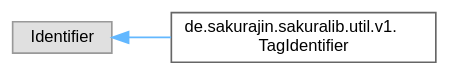
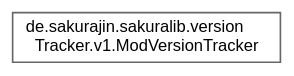
One commit to noah1510/sakura-lib changed the diagram in inherit_graph_19.dot. Above: the diagram before and after it, drawn with Graphviz. The commit also changed 146 other files, not shown here.

```diff
--- a/inherit_graph_19.dot
+++ b/inherit_graph_19.dot
@@ -1,11 +1,9 @@
 digraph "Graphical Class Hierarchy"
 {
  // LATEX_PDF_SIZE
   bgcolor="transparent";
   edge [fontname=Helvetica,fontsize=10,labelfontname=Helvetica,labelfontsize=10];
   node [fontname=Helvetica,fontsize=10,shape=box,height=0.2,width=0.4];
   rankdir="LR";
-  Node0 [label="Identifier",height=0.2,width=0.4,color="grey60", fillcolor="#E0E0E0", style="filled",tooltip=" "];
-  Node0 -> Node1 [dir="back",color="steelblue1",style="solid"];
-  Node1 [label="de.sakurajin.sakuralib.util.v1.\lTagIdentifier",height=0.2,width=0.4,color="grey40", fillcolor="white", style="filled",URL="$classde_1_1sakurajin_1_1sakuralib_1_1util_1_1v1_1_1TagIdentifier.html",tooltip=" "];
+  Node0 [label="de.sakurajin.sakuralib.version\lTracker.v1.ModVersionTracker",height=0.2,width=0.4,color="grey40", fillcolor="white", style="filled",URL="$classde_1_1sakurajin_1_1sakuralib_1_1versionTracker_1_1v1_1_1ModVersionTracker.html",tooltip=" "];
 }
```
